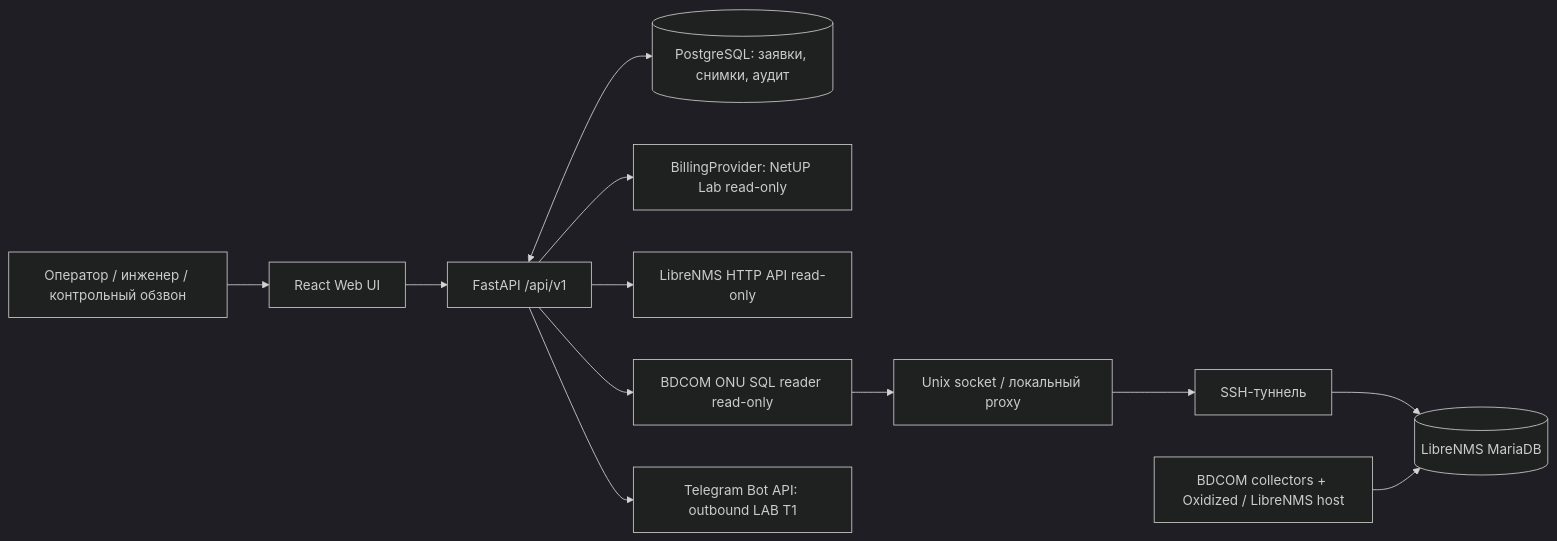
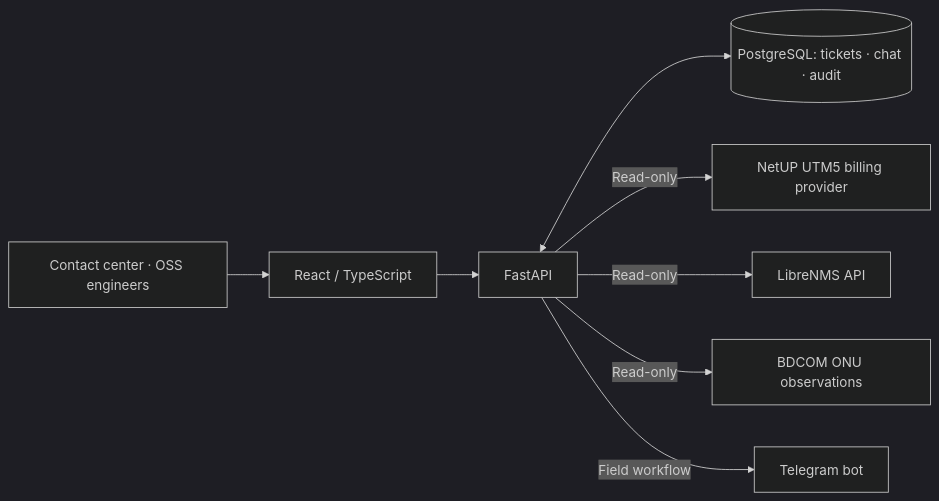
The second of 2 diagrams in README.md (codexhtb/oss-control-center), drawn with Mermaid (dark theme) before and after one commit. The commit also changed other lines of this file, not shown here.

Commit message:
docs: refresh OSS README and link engineering case study

````diff
--- a/README.md
+++ b/README.md
@@ -24,14 +52,10 @@
-```mermaid
+~~~mermaid
 flowchart LR
-    U["Оператор / инженер / контрольный обзвон"] --> WEB["React Web UI"]
-    WEB --> API["FastAPI /api/v1"]
-    API <--> PG[("PostgreSQL: заявки, снимки, аудит")]
-    API --> BILL["BillingProvider: NetUP Lab read-only"]
-    API --> LN["LibreNMS HTTP API read-only"]
-    API --> DBR["BDCOM ONU SQL reader read-only"]
-    DBR --> SOCK["Unix socket / локальный proxy"]
-    SOCK --> TUN["SSH-туннель"]
-    TUN --> LDB[("LibreNMS MariaDB")]
-    COL["BDCOM collectors + Oxidized / LibreNMS host"] --> LDB
-    API --> TG["Telegram Bot API: outbound LAB T1"]
-```
+    STAFF["Contact center · OSS engineers"] --> WEB["React / TypeScript"]
+    WEB --> API["FastAPI"]
+    API <--> PG[("PostgreSQL: tickets · chat · audit")]
+    API -->|Read-only| BILL["NetUP UTM5 billing provider"]
+    API -->|Read-only| LN["LibreNMS API"]
+    API -->|Read-only| ONU["BDCOM ONU observations"]
+    API -->|Field workflow| TG["Telegram bot"]
+~~~
````
